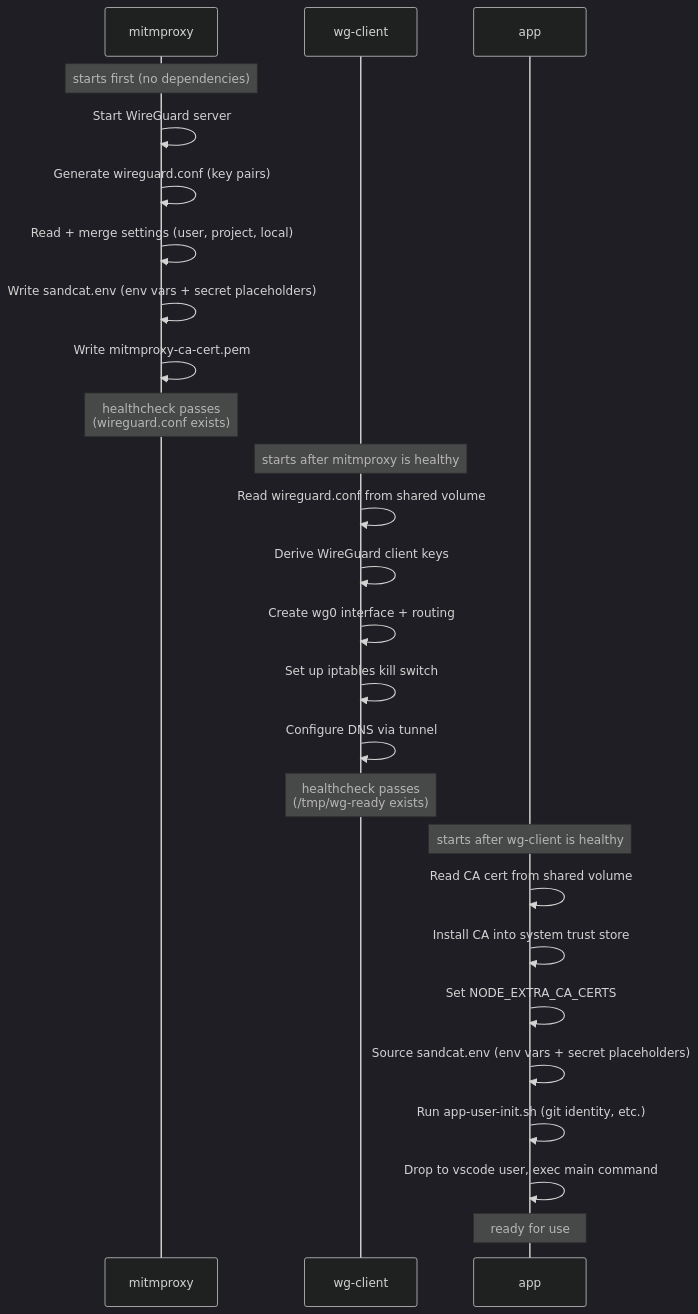
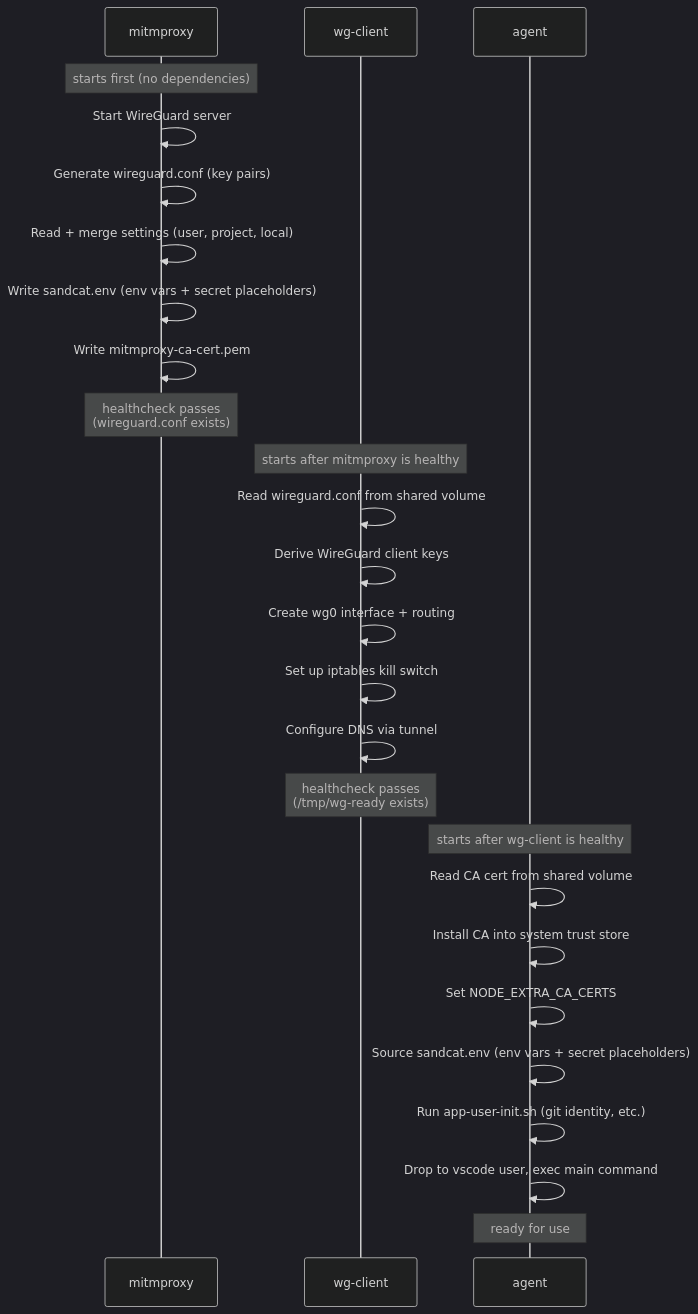
The third of 3 diagrams in README.md (wiacekm/sandcat), drawn with Mermaid (dark theme) before and after one commit. The commit also changed other lines of this file and 4 other files, not shown here.

First line of the commit message:
Rename app-home volume to agent-home for consistency with service name

````diff
--- a/README.md
+++ b/README.md
@@ -547,31 +547,31 @@
 ```mermaid
 sequenceDiagram
     participant M as mitmproxy
     participant W as wg-client
-    participant A as app
+    participant A as agent
 
     Note over M: starts first (no dependencies)
     M->>M: Start WireGuard server
     M->>M: Generate wireguard.conf (key pairs)
     M->>M: Read + merge settings (user, project, local)
     M->>M: Write sandcat.env (env vars + secret placeholders)
     M->>M: Write mitmproxy-ca-cert.pem
     Note over M: healthcheck passes<br/>(wireguard.conf exists)
 
     Note over W: starts after mitmproxy is healthy
     W->>W: Read wireguard.conf from shared volume
     W->>W: Derive WireGuard client keys
     W->>W: Create wg0 interface + routing
     W->>W: Set up iptables kill switch
     W->>W: Configure DNS via tunnel
     Note over W: healthcheck passes<br/>(/tmp/wg-ready exists)
 
     Note over A: starts after wg-client is healthy
     A->>A: Read CA cert from shared volume
     A->>A: Install CA into system trust store
     A->>A: Set NODE_EXTRA_CA_CERTS
     A->>A: Source sandcat.env (env vars + secret placeholders)
     A->>A: Run app-user-init.sh (git identity, etc.)
     A->>A: Drop to vscode user, exec main command
     Note over A: ready for use
 ```
````
